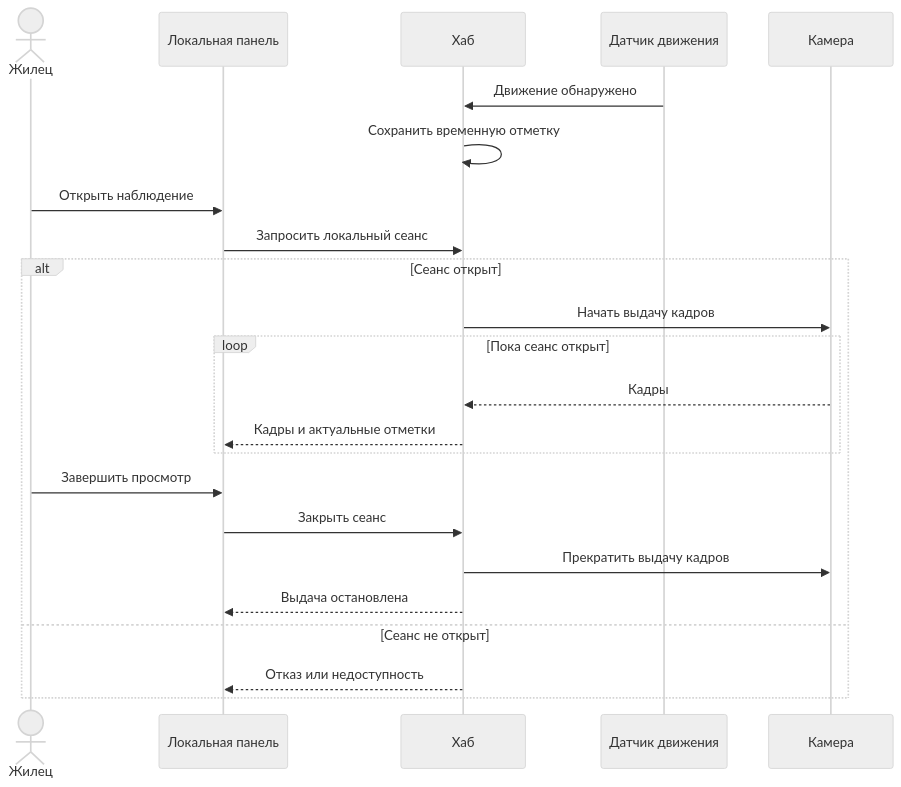
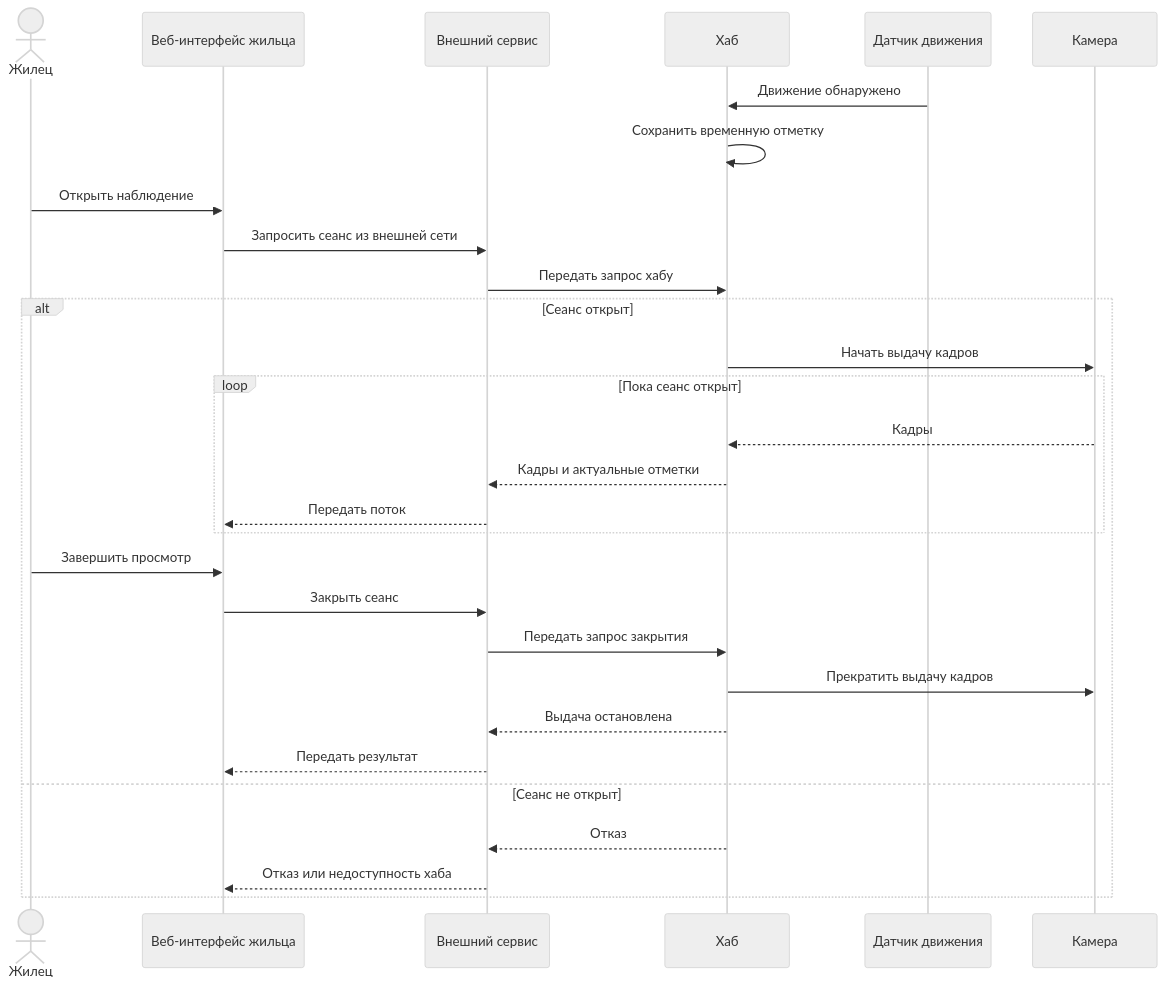
The diagram in contractor_side/hla_scenarios/S02_MONITORING.md (BPLA-Team/carrot-apples), drawn with Mermaid (neutral theme) before and after one commit. The commit also changed 22 other files, not shown here.

Commit message:
docs(architecture): document web access through the external service

````diff
--- a/contractor_side/hla_scenarios/S02_MONITORING.md
+++ b/contractor_side/hla_scenarios/S02_MONITORING.md
@@ -3,25 +3,31 @@
 ```mermaid
 sequenceDiagram
     actor R as Жилец
-    participant P as Локальная панель
+    participant W as Веб-интерфейс жильца
+    participant S as Внешний сервис
     participant H as Хаб
     participant D as Датчик движения
     participant C as Камера
     D->>H: Движение обнаружено
     H->>H: Сохранить временную отметку
-    R->>P: Открыть наблюдение
-    P->>H: Запросить локальный сеанс
+    R->>W: Открыть наблюдение
+    W->>S: Запросить сеанс из внешней сети
+    S->>H: Передать запрос хабу
     alt Сеанс открыт
         H->>C: Начать выдачу кадров
         loop Пока сеанс открыт
             C-->>H: Кадры
-            H-->>P: Кадры и актуальные отметки
+            H-->>S: Кадры и актуальные отметки
+            S-->>W: Передать поток
         end
-        R->>P: Завершить просмотр
-        P->>H: Закрыть сеанс
+        R->>W: Завершить просмотр
+        W->>S: Закрыть сеанс
+        S->>H: Передать запрос закрытия
         H->>C: Прекратить выдачу кадров
-        H-->>P: Выдача остановлена
+        H-->>S: Выдача остановлена
+        S-->>W: Передать результат
     else Сеанс не открыт
-        H-->>P: Отказ или недоступность
+        H-->>S: Отказ
+        S-->>W: Отказ или недоступность хаба
     end
 ```
````
